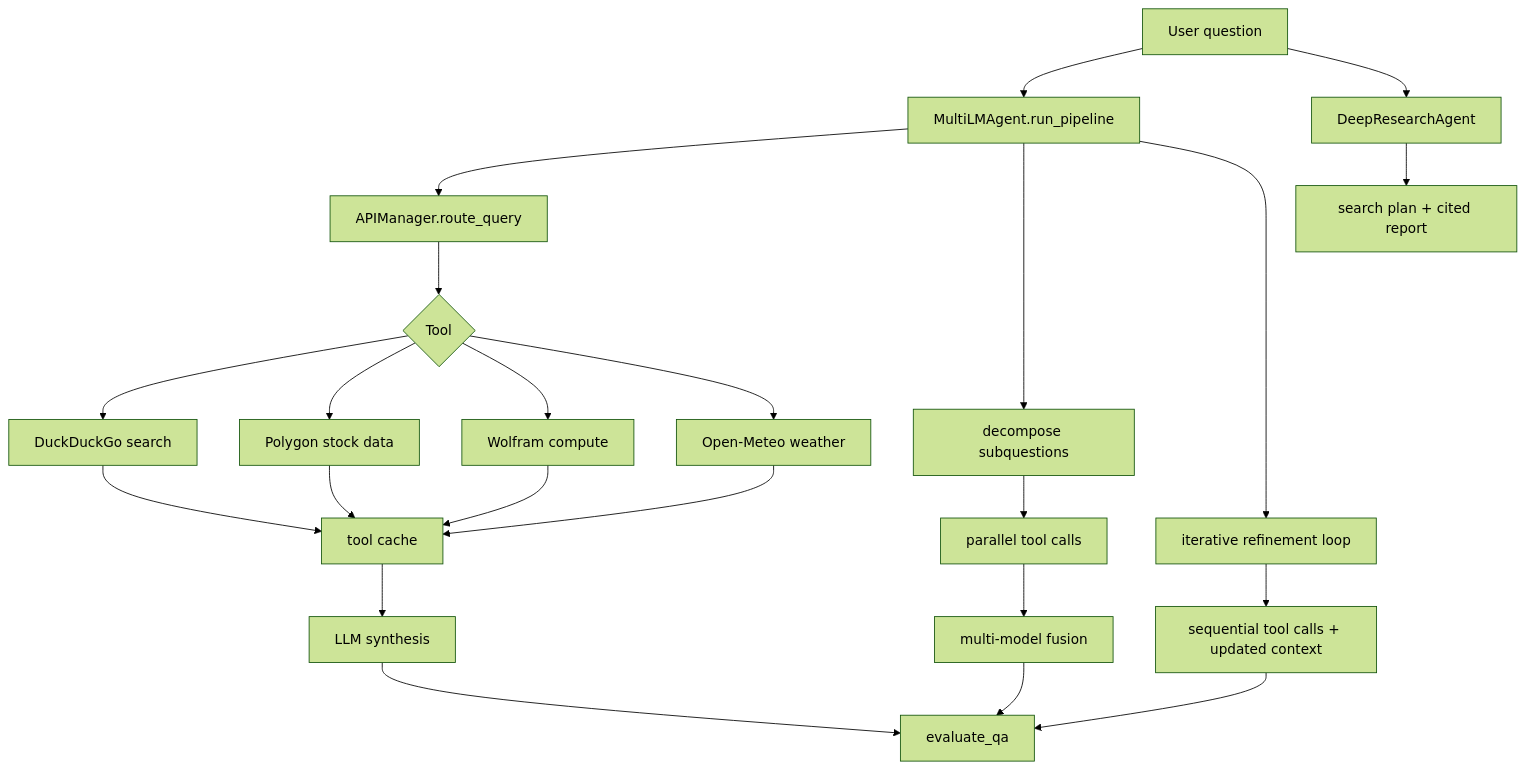
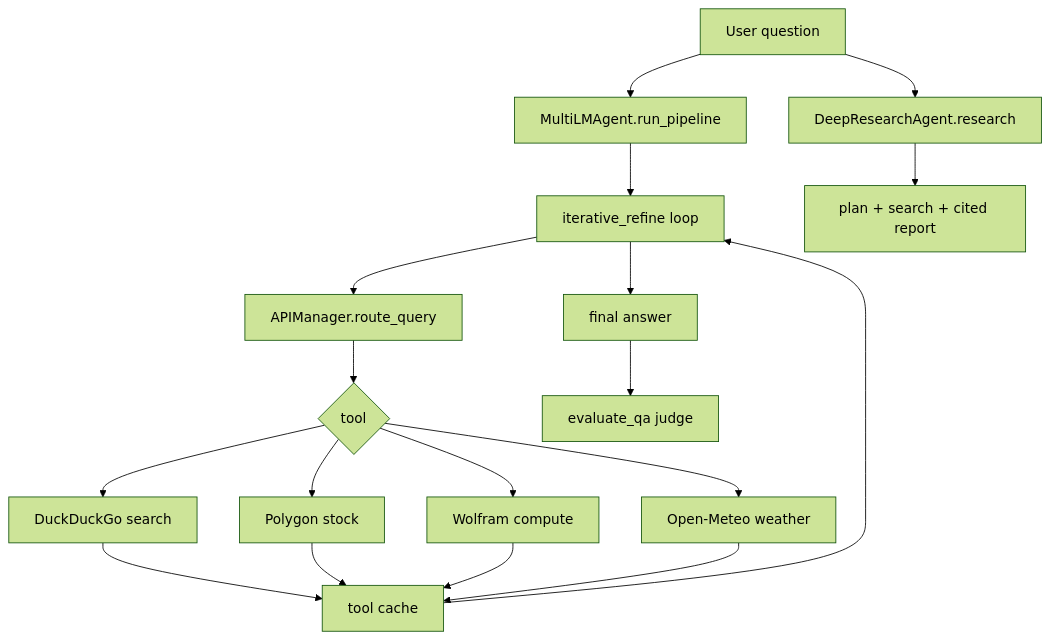
The first of 10 diagrams in docs/hw3-code-walkthrough.md (TimS-ml/Scratch-CS329A-Agent), drawn with Mermaid (forest theme) before and after one commit. The commit also changed other lines of this file and 2 other files, not shown here.

````diff
--- a/docs/hw3-code-walkthrough.md
+++ b/docs/hw3-code-walkthrough.md
@@ -7,25 +9,20 @@
 ```mermaid
 flowchart TD
   A[User question] --> B[MultiLMAgent.run_pipeline]
-  B --> C[APIManager.route_query]
-  C --> D{Tool}
-  D --> E[DuckDuckGo search]
-  D --> F[Polygon stock data]
-  D --> G[Wolfram compute]
-  D --> H[Open-Meteo weather]
-  E --> I[tool cache]
-  F --> I
-  G --> I
-  H --> I
-  I --> J[LLM synthesis]
-  B --> K[decompose subquestions]
-  K --> L[parallel tool calls]
-  L --> M[multi-model fusion]
-  B --> N[iterative refinement loop]
-  N --> O[sequential tool calls + updated context]
-  J --> P[evaluate_qa]
-  M --> P
-  O --> P
-  A --> Q[DeepResearchAgent]
-  Q --> R[search plan + cited report]
+  B --> C[iterative_refine loop]
+  C --> D[APIManager.route_query]
+  D --> E{tool}
+  E --> F[DuckDuckGo search]
+  E --> G[Polygon stock]
+  E --> H[Wolfram compute]
+  E --> I[Open-Meteo weather]
+  F --> J[tool cache]
+  G --> J
+  H --> J
+  I --> J
+  J --> C
+  C --> K[final answer]
+  K --> L[evaluate_qa judge]
+  A --> M[DeepResearchAgent.research]
+  M --> N[plan + search + cited report]
 ```
````
